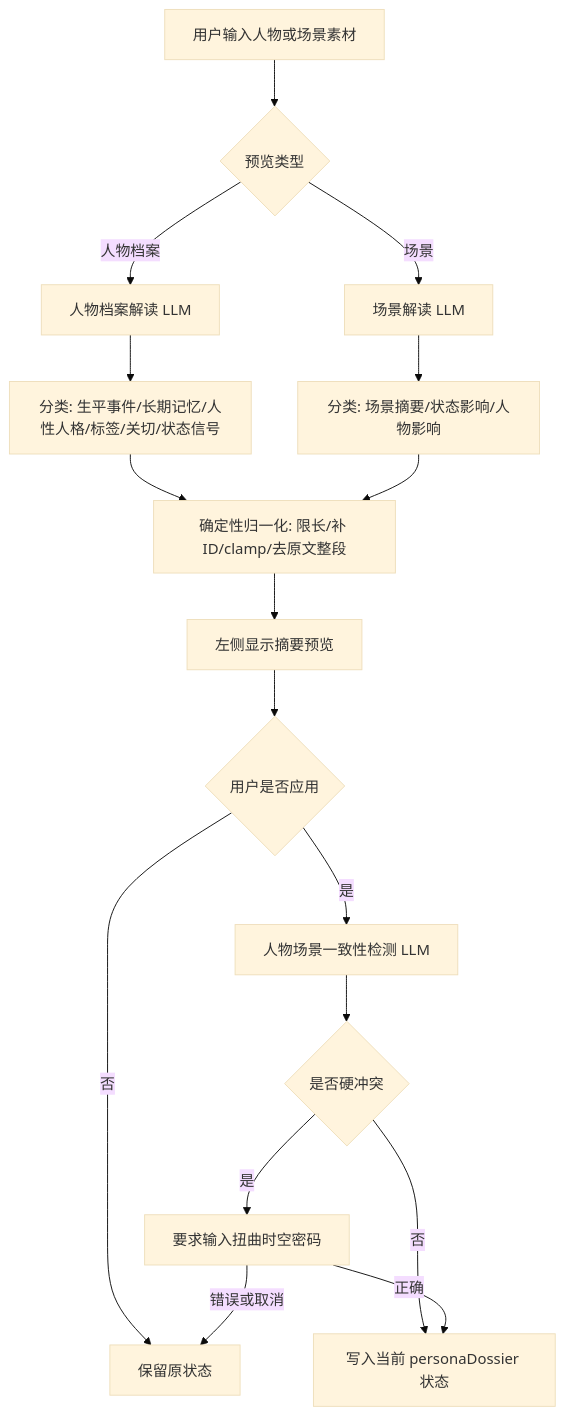
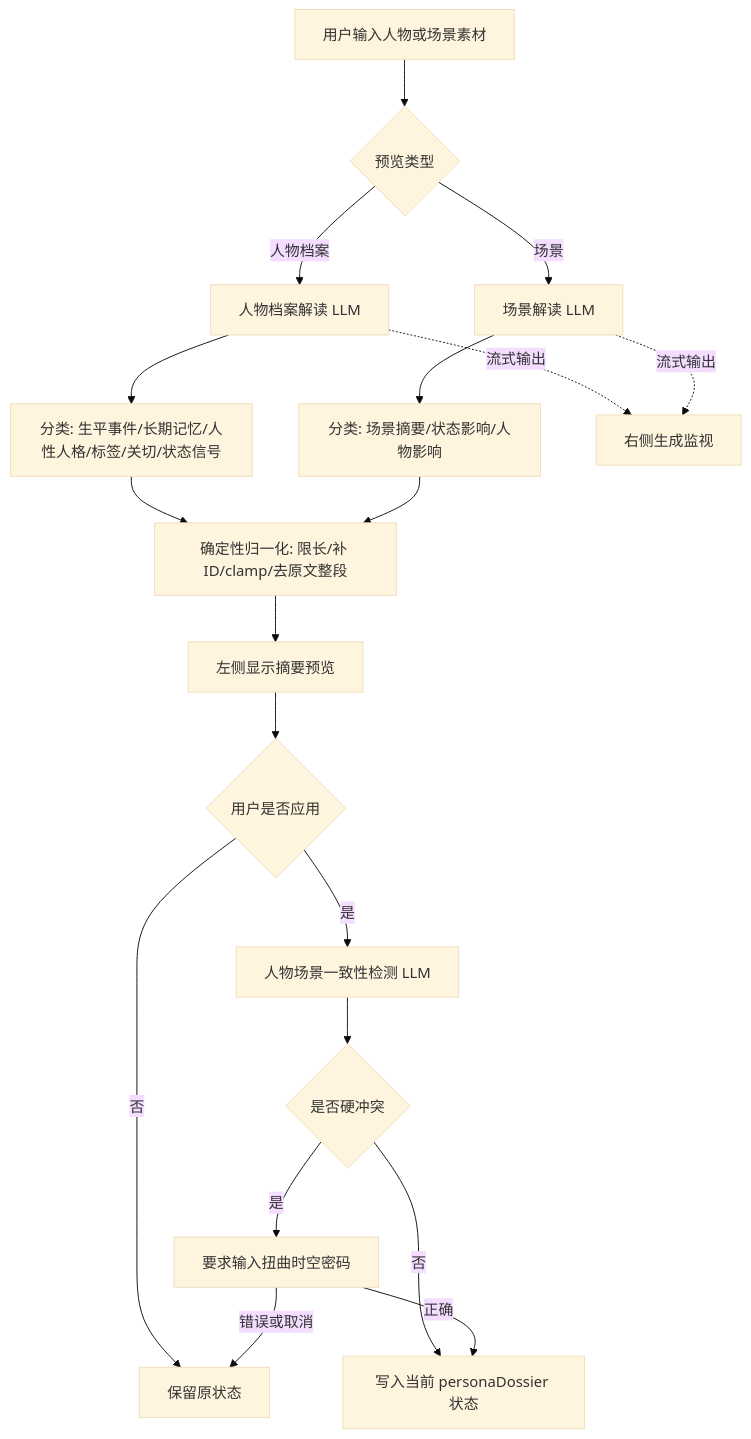
The seventh of 31 diagrams in docs/SYSTEM_FLOW.md (ttmanthatman/virtual-human-flow), drawn with Mermaid (base theme) before and after one commit. The commit also changed other lines of this file and 8 other files, not shown here.

````diff
--- a/docs/SYSTEM_FLOW.md
+++ b/docs/SYSTEM_FLOW.md
@@ -177,19 +177,21 @@
 ```mermaid
 flowchart TD
     A[用户输入人物或场景素材] --> B{预览类型}
     B -- 人物档案 --> D[人物档案解读 LLM]
     B -- 场景 --> E[场景解读 LLM]
     D --> D1[分类: 生平事件/长期记忆/人性人格/标签/关切/状态信号]
     E --> E1[分类: 场景摘要/状态影响/人物影响]
+    D -. 流式输出 .-> MONITOR[右侧生成监视]
+    E -. 流式输出 .-> MONITOR
     D1 --> F[确定性归一化: 限长/补 ID/clamp/去原文整段]
     E1 --> F
     F --> G[左侧显示摘要预览]
     G --> H{用户是否应用}
     H -- 否 --> J[保留原状态]
     H -- 是 --> K[人物场景一致性检测 LLM]
     K --> L{是否硬冲突}
     L -- 否 --> I[写入当前 personaDossier 状态]
     L -- 是 --> M[要求输入扭曲时空密码]
     M -- 正确 --> I
     M -- 错误或取消 --> J
 ```
````
